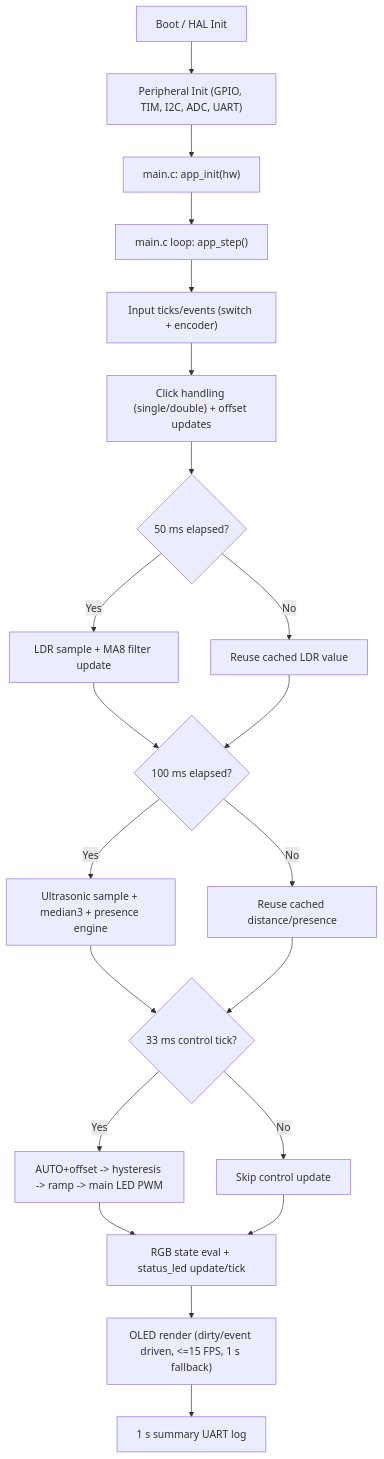
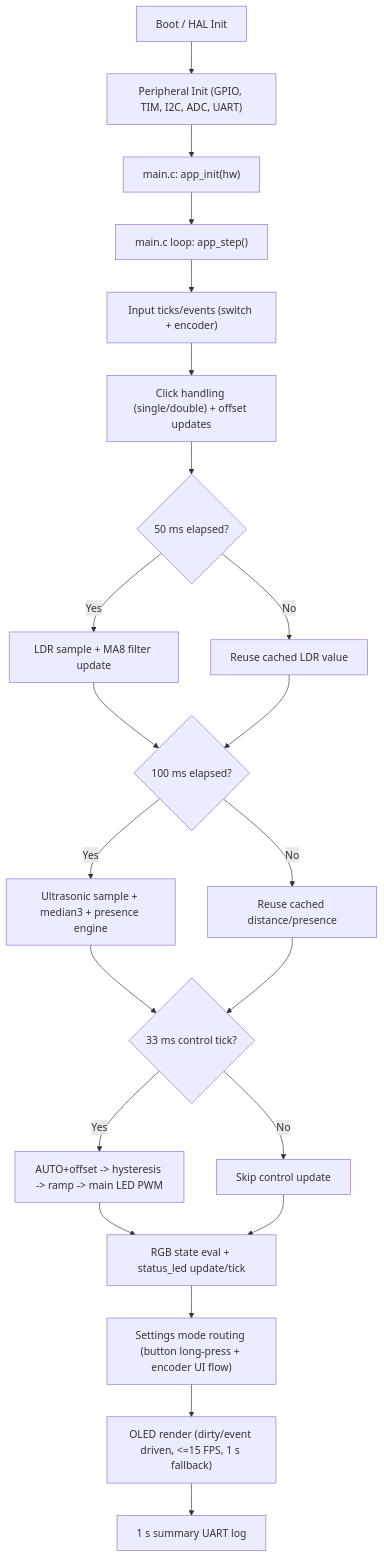
One commit to RJTPP/S-ADAPT-IoT changed the diagram in docs/architecture/Architecture.md. Above: the diagram before and after it, drawn with Mermaid. The commit also changed other lines of this file, not shown here.

Commit message:
docs(architecture): document settings store and flash reservation

````diff
--- a/docs/architecture/Architecture.md
+++ b/docs/architecture/Architecture.md
@@ -34,23 +35,24 @@
 ```mermaid
 flowchart TD
     A["Boot / HAL Init"] --> B["Peripheral Init (GPIO, TIM, I2C, ADC, UART)"]
     B --> C["main.c: app_init(hw)"]
     C --> D["main.c loop: app_step()"]
     D --> E["Input ticks/events (switch + encoder)"]
     E --> F["Click handling (single/double) + offset updates"]
     F --> G{"50 ms elapsed?"}
     G -- "Yes" --> H["LDR sample + MA8 filter update"]
     G -- "No" --> I["Reuse cached LDR value"]
     H --> J{"100 ms elapsed?"}
     I --> J
     J -- "Yes" --> K["Ultrasonic sample + median3 + presence engine"]
     J -- "No" --> L["Reuse cached distance/presence"]
     K --> M{"33 ms control tick?"}
     L --> M
     M -- "Yes" --> N["AUTO+offset -> hysteresis -> ramp -> main LED PWM"]
     M -- "No" --> O["Skip control update"]
     N --> P["RGB state eval + status_led update/tick"]
     O --> P
-    P --> Q["OLED render (dirty/event driven, <=15 FPS, 1 s fallback)"]
-    Q --> R["1 s summary UART log"]
+    P --> Q["Settings mode routing (button long-press + encoder UI flow)"]
+    Q --> R["OLED render (dirty/event driven, <=15 FPS, 1 s fallback)"]
+    R --> S["1 s summary UART log"]
 ```
````
